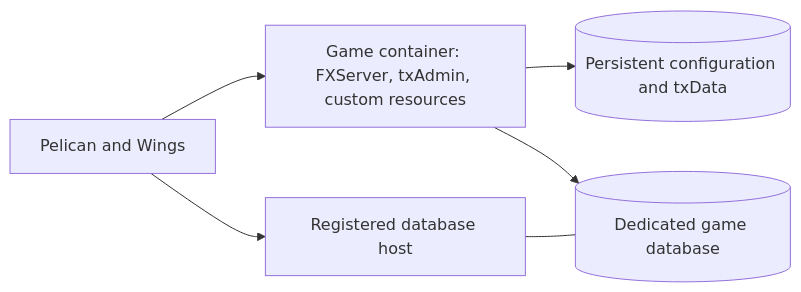
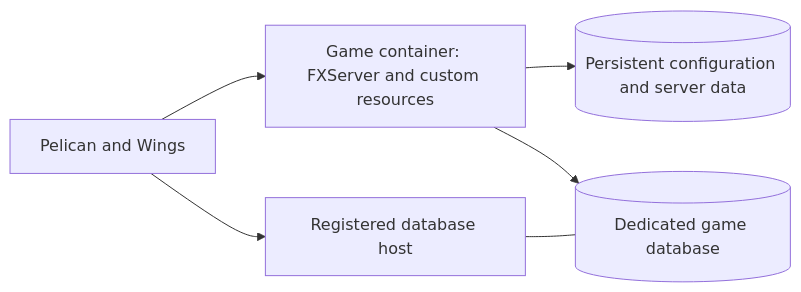
One commit to vrrdnt/open-freemode changed the diagram in README.md. Above: the diagram before and after it, drawn with Mermaid. The commit also changed other lines of this file and 30 other files, not shown here.

Commit message:
Build Enhanced server foundation with direct Pelican startup

````diff
--- a/README.md
+++ b/README.md
@@ -27,8 +29,8 @@
 ```mermaid
 flowchart LR
-    P[Pelican and Wings] --> G[Game container: FXServer, txAdmin, custom resources]
-    G --> F[(Persistent configuration and txData)]
+    P[Pelican and Wings] --> G[Game container: FXServer and custom resources]
+    G --> F[(Persistent configuration and server data)]
     G --> D[(Dedicated game database)]
     P --> H[Registered database host]
     H --- D
 ```
````
